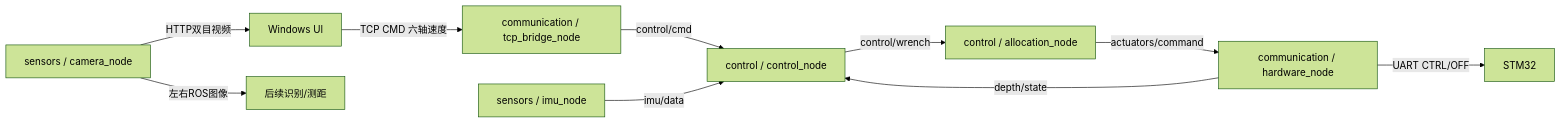
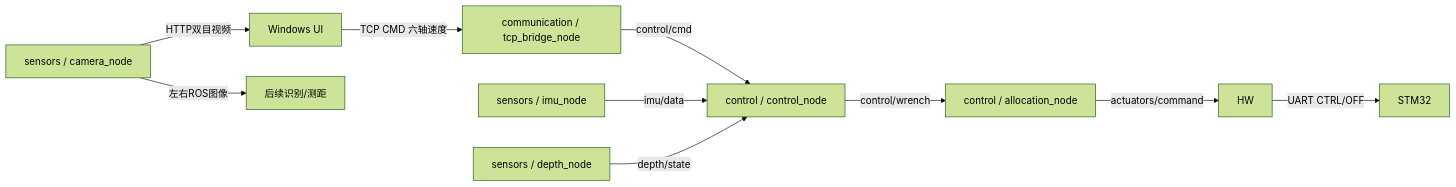
The diagram in README.md (DestinStarry/uw_ws), drawn with Mermaid (forest theme) before and after one commit. The commit also changed 45 other files, not shown here.

````diff
--- a/README.md
+++ b/README.md
@@ -13,12 +13,12 @@
 ```mermaid
 flowchart LR
   UI[Windows UI] -->|TCP CMD 六轴速度| TCP[communication / tcp_bridge_node]
   TCP -->|control/cmd| C[control / control_node]
   IMU[sensors / imu_node] -->|imu/data| C
-  HW[communication / hardware_node] -->|depth/state| C
+  DEPTH[sensors / depth_node] -->|depth/state| C
   C -->|control/wrench| A[control / allocation_node]
   A -->|actuators/command| HW
   HW -->|UART CTRL/OFF| STM32[STM32]
   CAM[sensors / camera_node] -->|HTTP双目视频| UI
   CAM -->|左右ROS图像| VISION[后续识别/测距]
 ```
````
